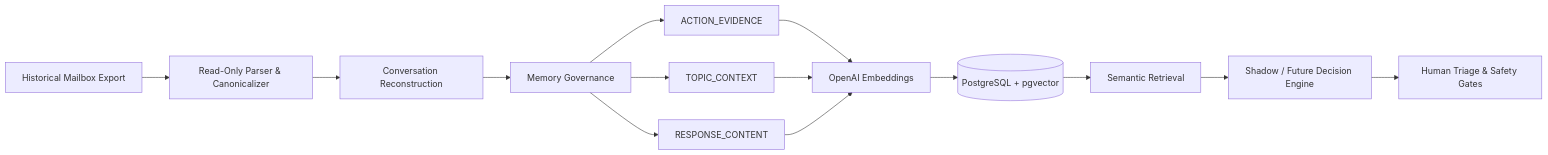
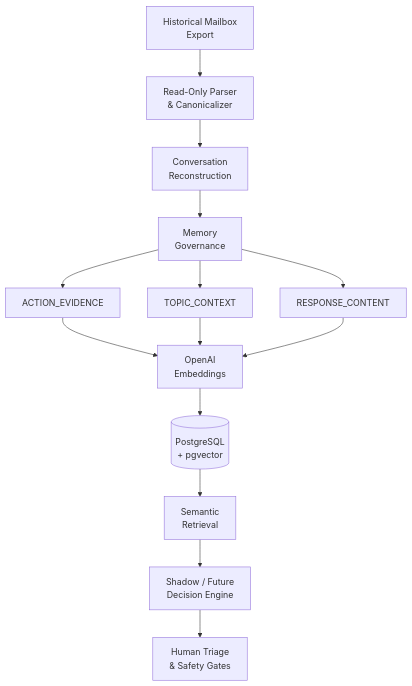
The fourth of 4 diagrams in README.md (spandreou/spandreou), drawn with Mermaid before and after one commit.

Commit message:
Improve ESKASE AI architecture diagram readability

````diff
--- a/README.md
+++ b/README.md
@@ -190,16 +190,19 @@
 ```mermaid
-flowchart LR
-  Mail[Historical Mailbox Export] --> Parse[Read-Only Parser & Canonicalizer]
-  Parse --> Threads[Conversation Reconstruction]
-  Threads --> Governance[Memory Governance]
-  Governance --> Action[ACTION_EVIDENCE]
-  Governance --> Topic[TOPIC_CONTEXT]
-  Governance --> Response[RESPONSE_CONTENT]
-  Action --> Embed[OpenAI Embeddings]
+flowchart TB
+  Mail["Historical Mailbox<br/>Export"] --> Parse["Read-Only Parser<br/>& Canonicalizer"]
+  Parse --> Threads["Conversation<br/>Reconstruction"]
+  Threads --> Governance["Memory<br/>Governance"]
+
+  Governance --> Action["ACTION_EVIDENCE"]
+  Governance --> Topic["TOPIC_CONTEXT"]
+  Governance --> Response["RESPONSE_CONTENT"]
+
+  Action --> Embed["OpenAI<br/>Embeddings"]
   Topic --> Embed
   Response --> Embed
-  Embed --> Vector[(PostgreSQL + pgvector)]
-  Vector --> Retrieval[Semantic Retrieval]
-  Retrieval --> Decision[Shadow / Future Decision Engine]
-  Decision --> Safety[Human Triage & Safety Gates]
+
+  Embed --> Vector[("PostgreSQL<br/>+ pgvector")]
+  Vector --> Retrieval["Semantic<br/>Retrieval"]
+  Retrieval --> Decision["Shadow / Future<br/>Decision Engine"]
+  Decision --> Safety["Human Triage<br/>& Safety Gates"]
 ```
````
